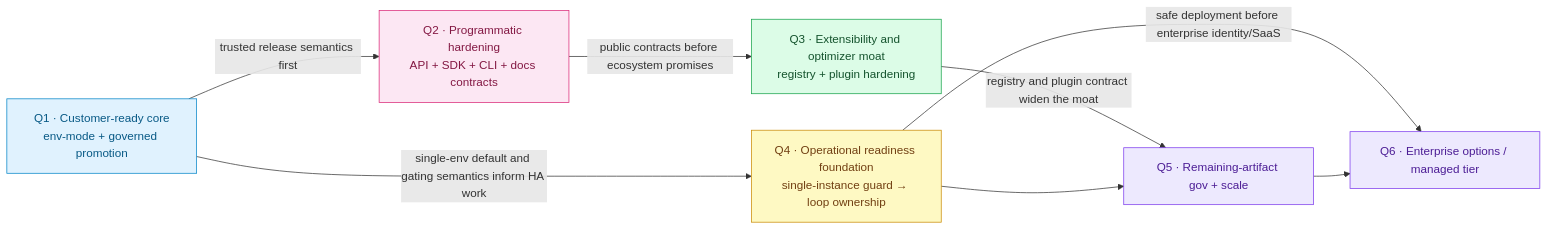
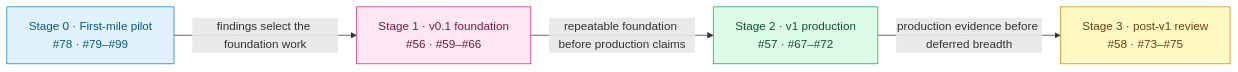
One commit to rrahimi-uci/caliber-suite changed the third of 3 diagrams in docs/roadmap.md. Above: the diagram before and after it, drawn with Mermaid. The commit also changed other lines of this file, not shown here.

Commit message:
docs: align roadmap with pilot and release gates

````diff
--- a/docs/roadmap.md
+++ b/docs/roadmap.md
@@ -118,21 +166,16 @@
 ```mermaid
 flowchart LR
-    Q1["Q1 · Customer-ready core<br/>env-mode + governed promotion"]:::a
-    Q2["Q2 · Programmatic hardening<br/>API + SDK + CLI + docs contracts"]:::b
-    Q3["Q3 · Extensibility and optimizer moat<br/>registry + plugin hardening"]:::c
-    Q4["Q4 · Operational readiness foundation<br/>single-instance guard → loop ownership"]:::d
-    Q5["Q5 · Remaining-artifact gov + scale"]:::e
-    Q6["Q6 · Enterprise options / managed tier"]:::e
+    S0["Stage 0 · First-mile pilot<br/>#78 · #79–#99"]:::a
+    S1["Stage 1 · v0.1 foundation<br/>#56 · #59–#66"]:::b
+    S2["Stage 2 · v1 production<br/>#57 · #67–#72"]:::c
+    S3["Stage 3 · post-v1 review<br/>#58 · #73–#75"]:::d
 
-    Q1 -->|"trusted release semantics first"| Q2
-    Q2 -->|"public contracts before ecosystem promises"| Q3
-    Q1 -->|"single-env default and gating semantics inform HA work"| Q4
-    Q3 -->|"registry and plugin contract widen the moat"| Q5
-    Q4 -->|"safe deployment before enterprise identity/SaaS"| Q6
-    Q4 --> Q5 --> Q6
+    S0 -->|"findings select the foundation work"| S1
+    S1 -->|"repeatable foundation before production claims"| S2
+    S2 -->|"production evidence before deferred breadth"| S3
     classDef a fill:#e0f2fe,stroke:#0284c7,color:#075985;
     classDef b fill:#fce7f3,stroke:#db2777,color:#831843;
     classDef c fill:#dcfce7,stroke:#16a34a,color:#14532d;
     classDef d fill:#fef9c3,stroke:#ca8a04,color:#713f12;
     classDef e fill:#ede9fe,stroke:#7c3aed,color:#4c1d95;
 ```
````
